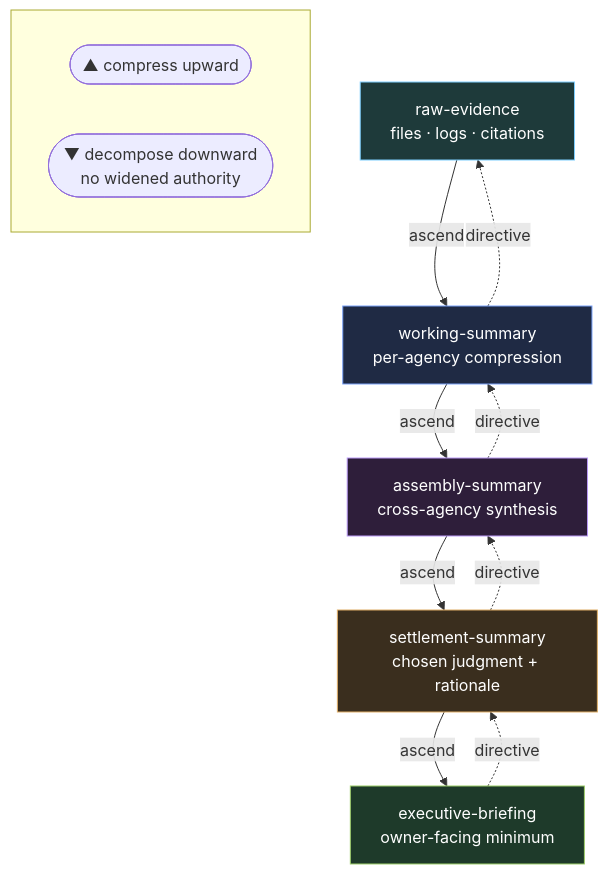
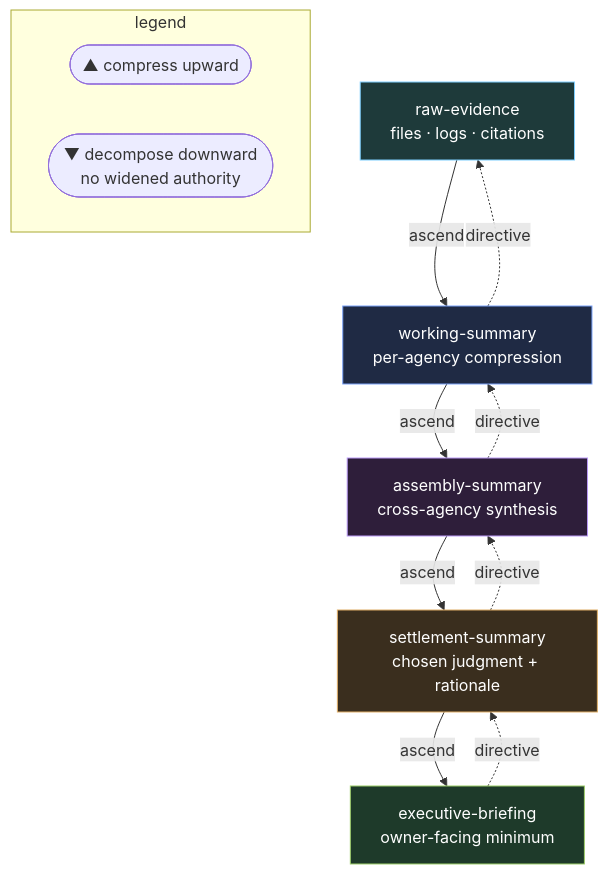
Before and after one commit to japer-technology/forgejo-society: the diagram in THE-SOCIETY-OF-REPO/02-protocols/13-hierarchy-and-summaries.md, drawn with Mermaid. The commit also changed 2 other files, not shown here.

````diff
--- a/THE-SOCIETY-OF-REPO/02-protocols/13-hierarchy-and-summaries.md
+++ b/THE-SOCIETY-OF-REPO/02-protocols/13-hierarchy-and-summaries.md
@@ -7,27 +7,27 @@
 ```mermaid
 flowchart TB
   classDef raw fill:#1e3a3a,stroke:#7dcfff,color:#fff
   classDef work fill:#1f2a44,stroke:#7aa2f7,color:#fff
   classDef ass fill:#2e1e3a,stroke:#bb9af7,color:#fff
   classDef set fill:#3a2e1e,stroke:#e0af68,color:#fff
   classDef ex fill:#1e3a2a,stroke:#9ece6a,color:#fff
 
   RAW[raw-evidence<br/>files · logs · citations]:::raw
   WORK[working-summary<br/>per-agency compression]:::work
   ASS[assembly-summary<br/>cross-agency synthesis]:::ass
   SET[settlement-summary<br/>chosen judgment + rationale]:::set
   EX[executive-briefing<br/>owner-facing minimum]:::ex
 
   RAW -- ascend --> WORK -- ascend --> ASS -- ascend --> SET -- ascend --> EX
 
   EX -. directive .-> SET
   SET -. directive .-> ASS
   ASS -. directive .-> WORK
   WORK -. directive .-> RAW
 
-  subgraph LEGEND[ ]
+  subgraph LEGEND["legend"]
     direction LR
-    UP([▲ compress upward])
-    DN([▼ decompose downward<br/>no widened authority])
+    UP(["▲ compress upward"])
+    DN(["▼ decompose downward<br/>no widened authority"])
   end
 ```
````
